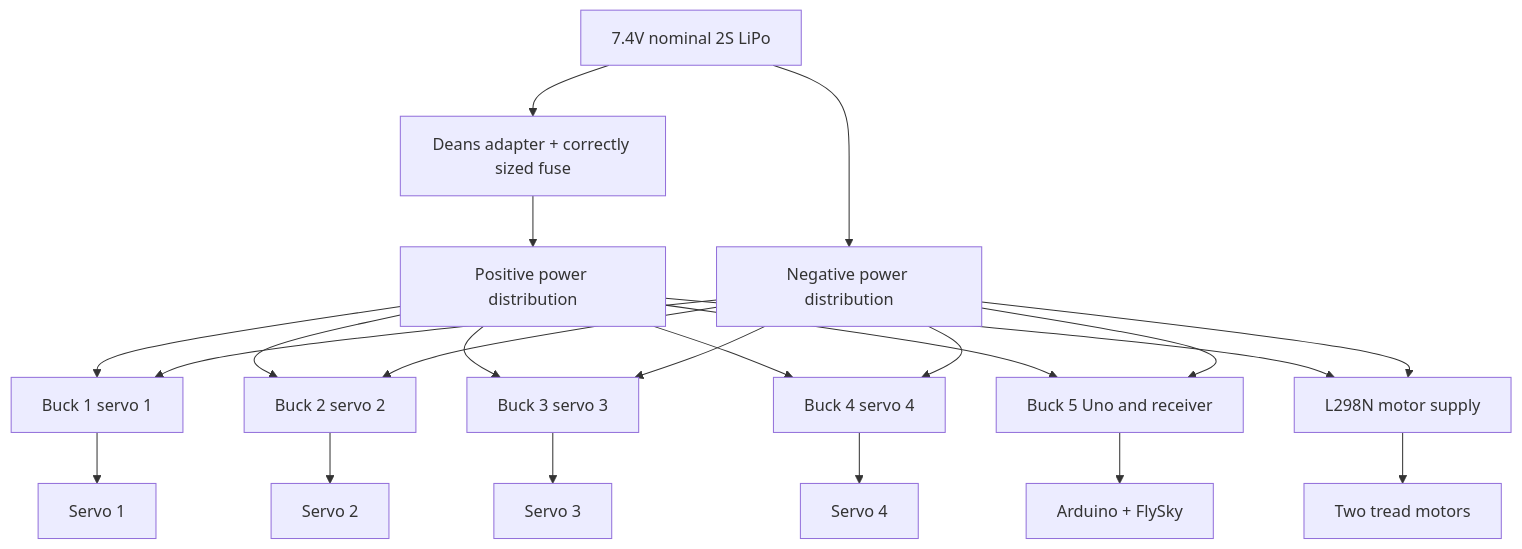
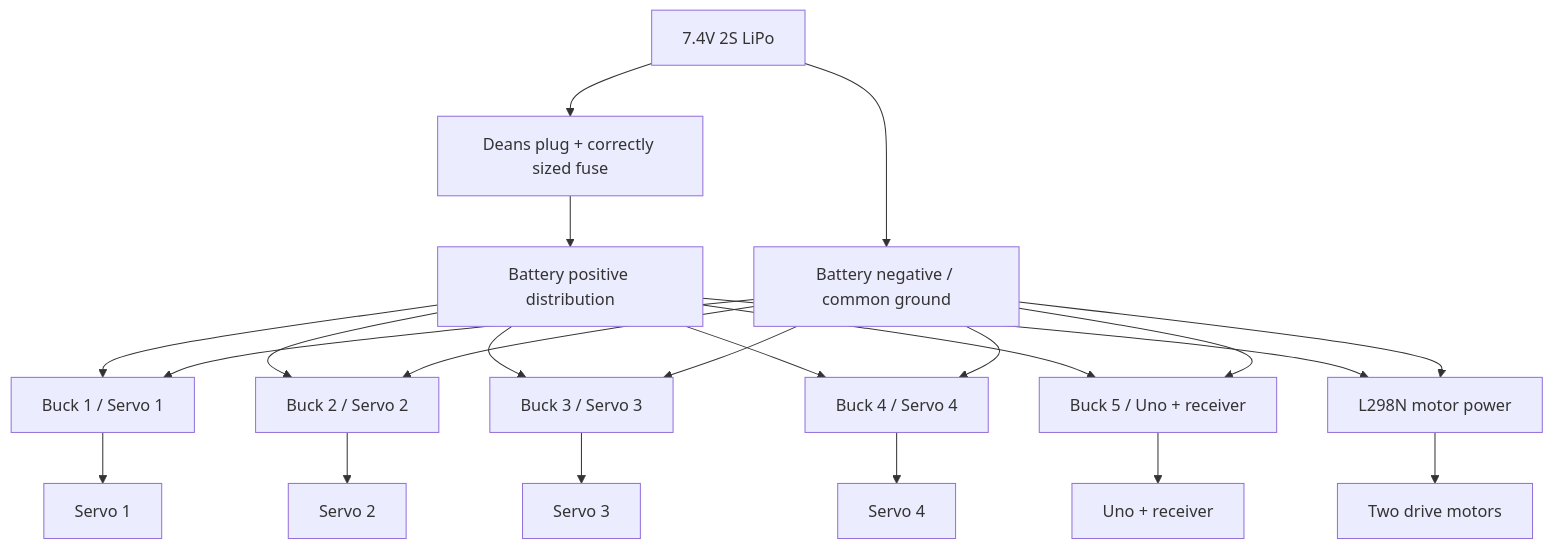
One commit to yojithwork-eng/SAD-Arm changed the second of 2 diagrams in docs/system-architecture.md. Above: the diagram before and after it, drawn with Mermaid. The commit also changed other lines of this file, not shown here.

Commit message:
docs: simplify docs/system-architecture.md

````diff
--- a/docs/system-architecture.md
+++ b/docs/system-architecture.md
@@ -16,19 +20,19 @@
 ```mermaid
 flowchart TD
- BAT[7.4V nominal 2S LiPo] --> F[Deans adapter + correctly sized fuse]
- F --> P[Positive power distribution]
- BAT --> N[Negative power distribution]
- P --> B1[Buck 1 servo 1]
- P --> B2[Buck 2 servo 2]
- P --> B3[Buck 3 servo 3]
- P --> B4[Buck 4 servo 4]
- P --> B5[Buck 5 Uno and receiver]
- P --> L[L298N motor supply]
+ BAT[7.4V 2S LiPo] --> F[Deans plug + correctly sized fuse]
+ F --> P[Battery positive distribution]
+ BAT --> N[Battery negative / common ground]
+ P --> B1[Buck 1 / Servo 1]
+ P --> B2[Buck 2 / Servo 2]
+ P --> B3[Buck 3 / Servo 3]
+ P --> B4[Buck 4 / Servo 4]
+ P --> B5[Buck 5 / Uno + receiver]
+ P --> L[L298N motor power]
  N --> B1 & B2 & B3 & B4 & B5 & L
  B1 --> S1[Servo 1]
  B2 --> S2[Servo 2]
  B3 --> S3[Servo 3]
  B4 --> S4[Servo 4]
- B5 --> U[Arduino + FlySky]
- L --> M[Two tread motors]
+ B5 --> U[Uno + receiver]
+ L --> M[Two drive motors]
 ```
````
